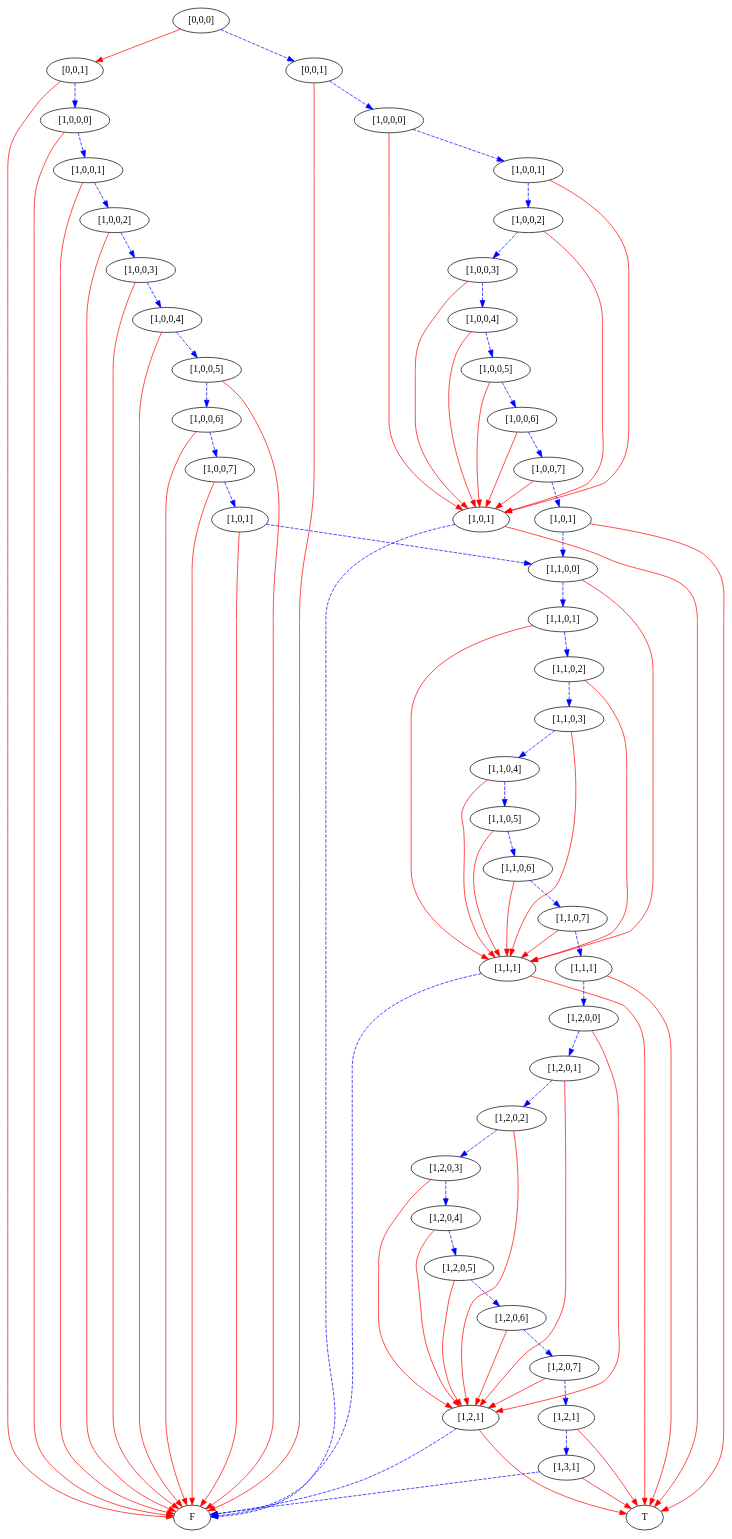
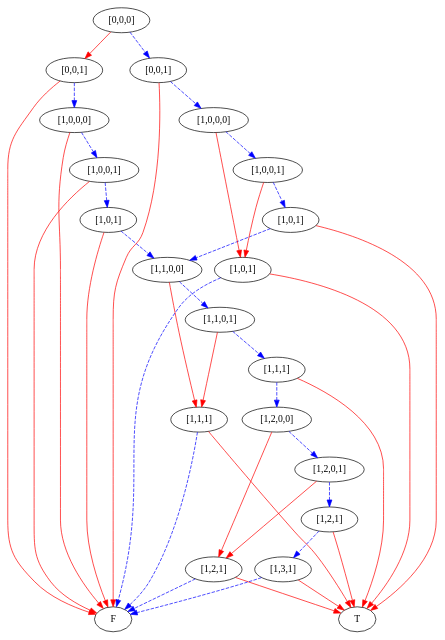
Before and after one commit to mburyakov/minxmod: the diagram in simpleProgram5bstates/6.dot, drawn with Graphviz. The commit also changed 11 other files, not shown here.

```diff
--- a/simpleProgram5bstates/6.dot
+++ b/simpleProgram5bstates/6.dot
@@ -1,176 +1,80 @@
 digraph {
     1 [label=F];
     2 [label=T];
     3 [label="[1,1,1]"];
     4 [label="[1,2,1]"];
     5 [label="[1,3,1]"];
     6 [label="[1,2,1]"];
-    7 [label="[1,2,0,7]"];
-    8 [label="[1,2,0,6]"];
-    9 [label="[1,2,0,5]"];
-    10 [label="[1,2,0,4]"];
-    11 [label="[1,2,0,3]"];
-    12 [label="[1,2,0,2]"];
-    13 [label="[1,2,0,1]"];
-    14 [label="[1,2,0,0]"];
-    15 [label="[1,1,1]"];
-    16 [label="[1,1,0,7]"];
-    17 [label="[1,1,0,6]"];
-    18 [label="[1,1,0,5]"];
-    19 [label="[1,1,0,4]"];
-    20 [label="[1,1,0,3]"];
-    21 [label="[1,1,0,2]"];
-    22 [label="[1,1,0,1]"];
-    23 [label="[1,1,0,0]"];
-    24 [label="[1,0,1]"];
-    25 [label="[1,0,0,7]"];
-    26 [label="[1,0,0,6]"];
-    27 [label="[1,0,0,5]"];
-    28 [label="[1,0,0,4]"];
-    29 [label="[1,0,0,3]"];
-    30 [label="[1,0,0,2]"];
-    31 [label="[1,0,0,1]"];
-    32 [label="[1,0,0,0]"];
-    33 [label="[0,0,1]"];
-    34 [label="[1,0,1]"];
-    35 [label="[1,0,1]"];
-    36 [label="[1,0,0,7]"];
-    37 [label="[1,0,0,6]"];
-    38 [label="[1,0,0,5]"];
-    39 [label="[1,0,0,4]"];
-    40 [label="[1,0,0,3]"];
-    41 [label="[1,0,0,2]"];
-    42 [label="[1,0,0,1]"];
-    43 [label="[1,0,0,0]"];
-    44 [label="[0,0,1]"];
-    45 [label="[0,0,0]"];
+    7 [label="[1,2,0,1]"];
+    8 [label="[1,2,0,0]"];
+    9 [label="[1,1,1]"];
+    10 [label="[1,1,0,1]"];
+    11 [label="[1,1,0,0]"];
+    12 [label="[1,0,1]"];
+    13 [label="[1,0,0,1]"];
+    14 [label="[1,0,0,0]"];
+    15 [label="[0,0,1]"];
+    16 [label="[1,0,1]"];
+    17 [label="[1,0,1]"];
+    18 [label="[1,0,0,1]"];
+    19 [label="[1,0,0,0]"];
+    20 [label="[0,0,1]"];
+    21 [label="[0,0,0]"];
     3 -> 1 [style=dashed
            ,color=blue];
     3 -> 2 [color=red];
     4 -> 1 [style=dashed
            ,color=blue];
     4 -> 2 [color=red];
     5 -> 1 [style=dashed
            ,color=blue];
     5 -> 2 [color=red];
     6 -> 5 [style=dashed
            ,color=blue];
     6 -> 2 [color=red];
     7 -> 4 [color=red];
     7 -> 6 [style=dashed
            ,color=blue];
     8 -> 4 [color=red];
     8 -> 7 [style=dashed
            ,color=blue];
-    9 -> 4 [color=red];
     9 -> 8 [style=dashed
            ,color=blue];
-    10 -> 4 [color=red];
+    9 -> 2 [color=red];
+    10 -> 3 [color=red];
     10 -> 9 [style=dashed
             ,color=blue];
-    11 -> 4 [color=red];
+    11 -> 3 [color=red];
     11 -> 10 [style=dashed
              ,color=blue];
-    12 -> 4 [color=red];
     12 -> 11 [style=dashed
              ,color=blue];
-    13 -> 4 [color=red];
+    12 -> 1 [color=red];
     13 -> 12 [style=dashed
              ,color=blue];
-    14 -> 4 [color=red];
+    13 -> 1 [color=red];
     14 -> 13 [style=dashed
              ,color=blue];
+    14 -> 1 [color=red];
     15 -> 14 [style=dashed
              ,color=blue];
-    15 -> 2 [color=red];
-    16 -> 3 [color=red];
-    16 -> 15 [style=dashed
+    15 -> 1 [color=red];
+    16 -> 1 [style=dashed
+            ,color=blue];
+    16 -> 2 [color=red];
+    17 -> 11 [style=dashed
              ,color=blue];
-    17 -> 3 [color=red];
-    17 -> 16 [style=dashed
-             ,color=blue];
-    18 -> 3 [color=red];
+    17 -> 2 [color=red];
+    18 -> 16 [color=red];
     18 -> 17 [style=dashed
              ,color=blue];
-    19 -> 3 [color=red];
+    19 -> 16 [color=red];
     19 -> 18 [style=dashed
              ,color=blue];
-    20 -> 3 [color=red];
     20 -> 19 [style=dashed
              ,color=blue];
-    21 -> 3 [color=red];
+    20 -> 1 [color=red];
+    21 -> 15 [color=red];
     21 -> 20 [style=dashed
              ,color=blue];
-    22 -> 3 [color=red];
-    22 -> 21 [style=dashed
-             ,color=blue];
-    23 -> 3 [color=red];
-    23 -> 22 [style=dashed
-             ,color=blue];
-    24 -> 23 [style=dashed
-             ,color=blue];
-    24 -> 1 [color=red];
-    25 -> 24 [style=dashed
-             ,color=blue];
-    25 -> 1 [color=red];
-    26 -> 25 [style=dashed
-             ,color=blue];
-    26 -> 1 [color=red];
-    27 -> 26 [style=dashed
-             ,color=blue];
-    27 -> 1 [color=red];
-    28 -> 27 [style=dashed
-             ,color=blue];
-    28 -> 1 [color=red];
-    29 -> 28 [style=dashed
-             ,color=blue];
-    29 -> 1 [color=red];
-    30 -> 29 [style=dashed
-             ,color=blue];
-    30 -> 1 [color=red];
-    31 -> 30 [style=dashed
-             ,color=blue];
-    31 -> 1 [color=red];
-    32 -> 31 [style=dashed
-             ,color=blue];
-    32 -> 1 [color=red];
-    33 -> 32 [style=dashed
-             ,color=blue];
-    33 -> 1 [color=red];
-    34 -> 1 [style=dashed
-            ,color=blue];
-    34 -> 2 [color=red];
-    35 -> 23 [style=dashed
-             ,color=blue];
-    35 -> 2 [color=red];
-    36 -> 34 [color=red];
-    36 -> 35 [style=dashed
-             ,color=blue];
-    37 -> 34 [color=red];
-    37 -> 36 [style=dashed
-             ,color=blue];
-    38 -> 34 [color=red];
-    38 -> 37 [style=dashed
-             ,color=blue];
-    39 -> 34 [color=red];
-    39 -> 38 [style=dashed
-             ,color=blue];
-    40 -> 34 [color=red];
-    40 -> 39 [style=dashed
-             ,color=blue];
-    41 -> 34 [color=red];
-    41 -> 40 [style=dashed
-             ,color=blue];
-    42 -> 34 [color=red];
-    42 -> 41 [style=dashed
-             ,color=blue];
-    43 -> 34 [color=red];
-    43 -> 42 [style=dashed
-             ,color=blue];
-    44 -> 43 [style=dashed
-             ,color=blue];
-    44 -> 1 [color=red];
-    45 -> 33 [color=red];
-    45 -> 44 [style=dashed
-             ,color=blue];
 }
```
